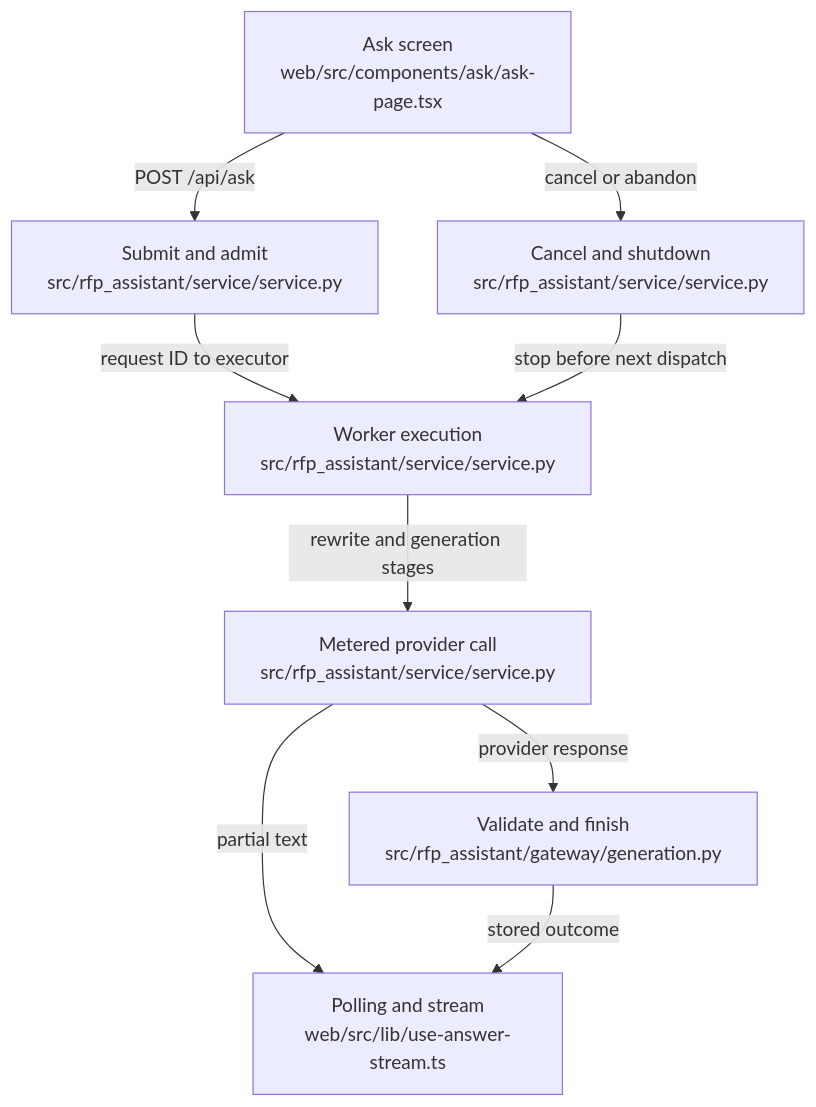
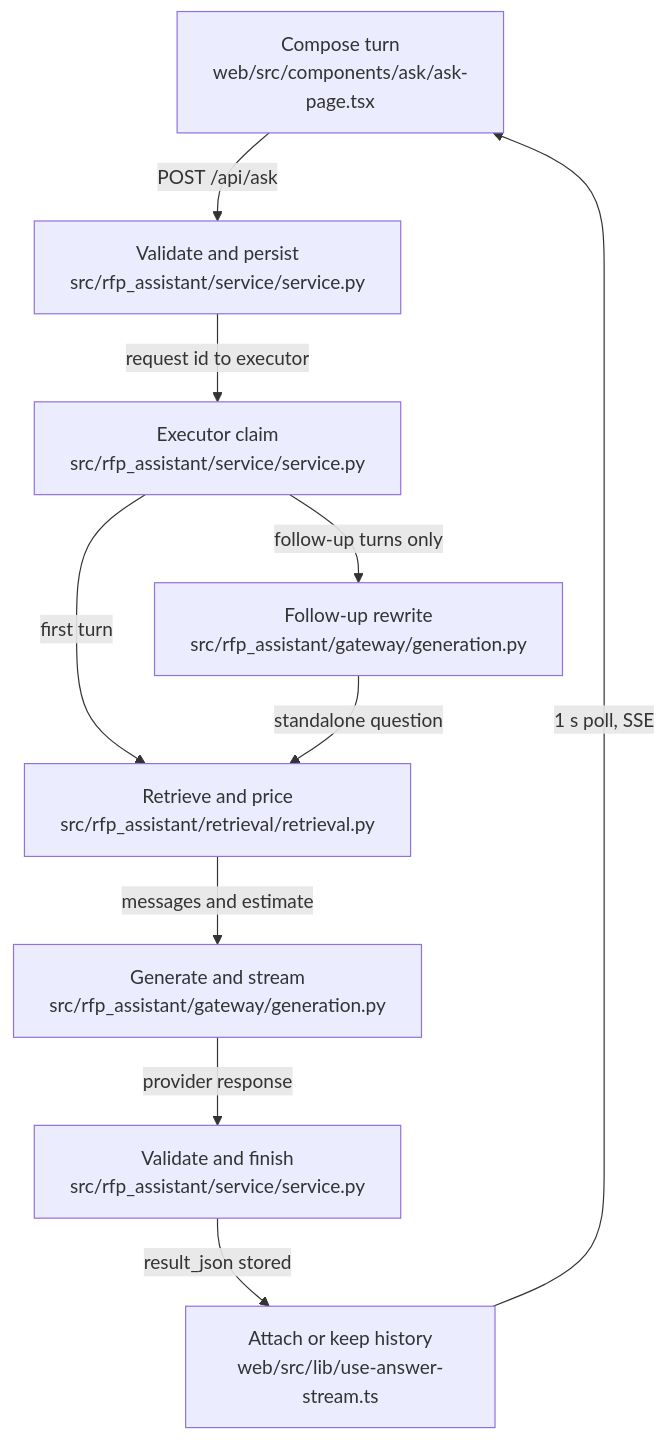
The diagram in .omm/request-lifecycle/diagram.mmd (littleeeeebit/project-codeit-mid), drawn with Mermaid before and after one commit. The commit also changed 359 other files, not shown here.

```diff
--- a/.omm/request-lifecycle/diagram.mmd
+++ b/.omm/request-lifecycle/diagram.mmd
@@ -1,16 +1,18 @@
 graph TD
-  ask-screen["Ask screen\nweb/src/components/ask/ask-page.tsx"]
-  submit-and-admit["Submit and admit\nsrc/rfp_assistant/service/service.py"]
-  worker-execution["Worker execution\nsrc/rfp_assistant/service/service.py"]
-  metered-call["Metered provider call\nsrc/rfp_assistant/service/service.py"]
-  validate-and-finish["Validate and finish\nsrc/rfp_assistant/gateway/generation.py"]
-  poll-and-stream["Polling and stream\nweb/src/lib/use-answer-stream.ts"]
-  cancel-and-shutdown["Cancel and shutdown\nsrc/rfp_assistant/service/service.py"]
-  ask-screen -->|"POST /api/ask"| submit-and-admit
-  submit-and-admit -->|"request ID to executor"| worker-execution
-  worker-execution -->|"rewrite and generation stages"| metered-call
-  metered-call -->|"provider response"| validate-and-finish
-  metered-call -->|"partial text"| poll-and-stream
-  validate-and-finish -->|"stored outcome"| poll-and-stream
-  ask-screen -->|"cancel or abandon"| cancel-and-shutdown
-  cancel-and-shutdown -->|"stop before next dispatch"| worker-execution
+  compose-turn["Compose turn\nweb/src/components/ask/ask-page.tsx"]
+  admit-and-persist["Validate and persist\nsrc/rfp_assistant/service/service.py"]
+  worker-claim["Executor claim\nsrc/rfp_assistant/service/service.py"]
+  rewrite-follow-up["Follow-up rewrite\nsrc/rfp_assistant/gateway/generation.py"]
+  retrieve-and-price["Retrieve and price\nsrc/rfp_assistant/retrieval/retrieval.py"]
+  generate-and-stream["Generate and stream\nsrc/rfp_assistant/gateway/generation.py"]
+  validate-and-finish["Validate and finish\nsrc/rfp_assistant/service/service.py"]
+  attach-or-history["Attach or keep history\nweb/src/lib/use-answer-stream.ts"]
+  compose-turn -->|"POST /api/ask"| admit-and-persist
+  admit-and-persist -->|"request id to executor"| worker-claim
+  worker-claim -->|"follow-up turns only"| rewrite-follow-up
+  worker-claim -->|"first turn"| retrieve-and-price
+  rewrite-follow-up -->|"standalone question"| retrieve-and-price
+  retrieve-and-price -->|"messages and estimate"| generate-and-stream
+  generate-and-stream -->|"provider response"| validate-and-finish
+  validate-and-finish -->|"result_json stored"| attach-or-history
+  attach-or-history -->|"1 s poll, SSE"| compose-turn
```
